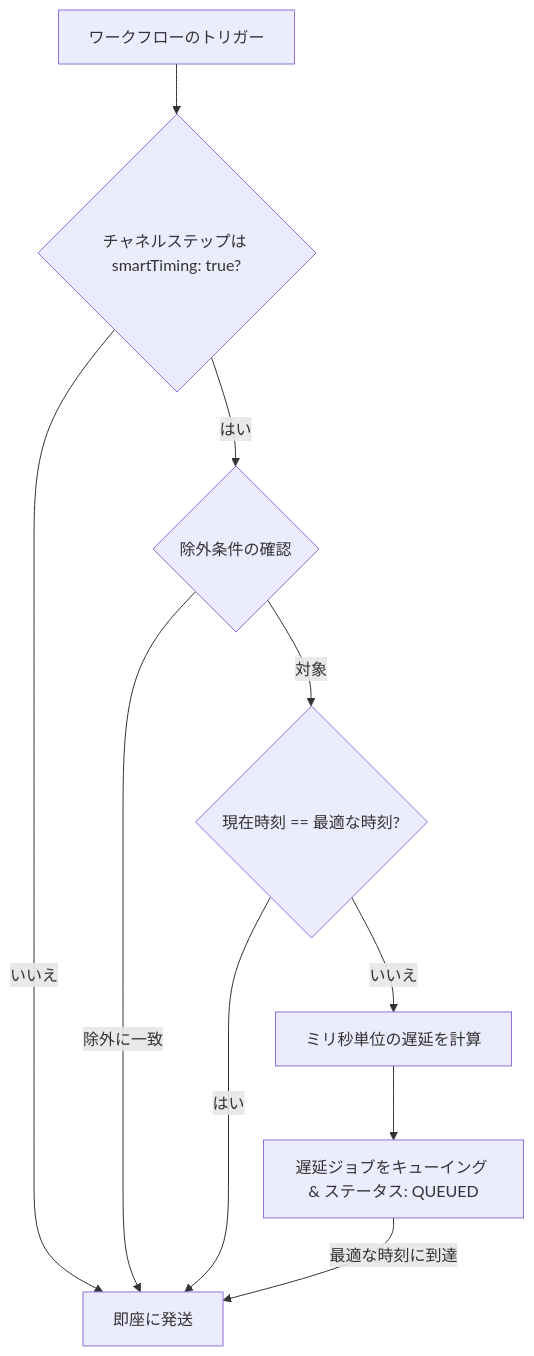
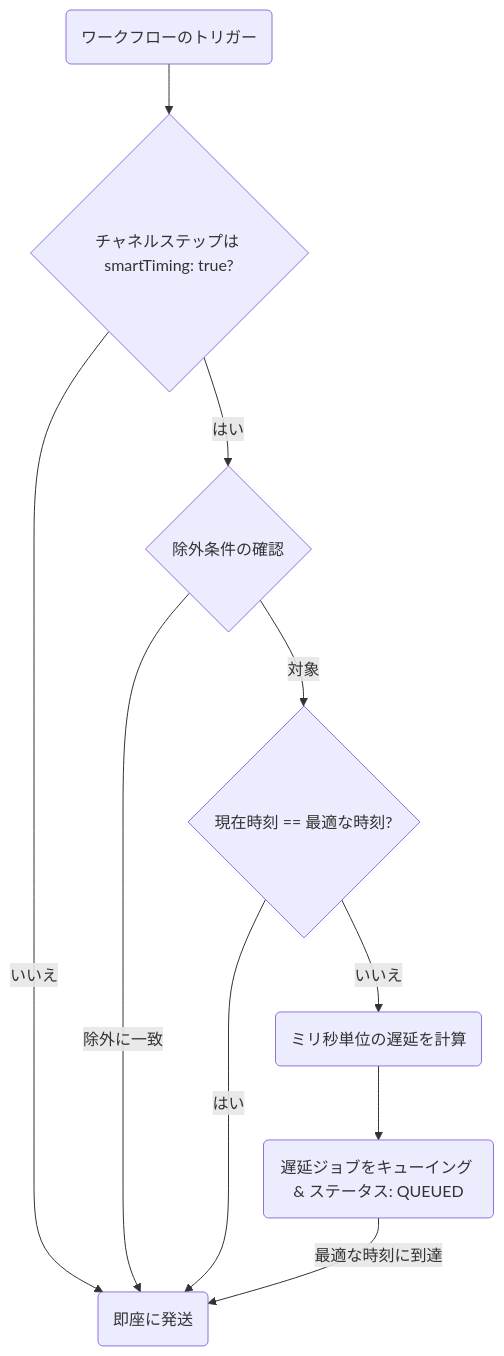
Before and after one commit to KriyanshKhunt/nexus_docs: the diagram in content/docs/ja/platform/features/smart-send-time.mdx, drawn with Mermaid. The commit also changed 20 other files, not shown here.

Commit message:
Handle ja Mermaid charts

````diff
--- a/content/docs/ja/platform/features/smart-send-time.mdx
+++ b/content/docs/ja/platform/features/smart-send-time.mdx
@@ -19,12 +19,12 @@
 ```mermaid
 flowchart TD
-  Trigger[ワークフローのトリガー] --> Channel{チャネルステップは smartTiming: true?}
-  Channel -->|いいえ| Send[即座に発送]
+  Trigger(ワークフローのトリガー) --> Channel{チャネルステップは smartTiming: true?}
+  Channel -->|いいえ| Send(即座に発送)
   Channel -->|はい| CheckExclusions{除外条件の確認}
   CheckExclusions -->|除外に一致| Send
   CheckExclusions -->|対象| Optimal{現在時刻 == 最適な時刻?}
   Optimal -->|はい| Send
-  Optimal -->|いいえ| Delay[ミリ秒単位の遅延を計算]
-  Delay --> Queue[遅延ジョブをキューイング & ステータス: QUEUED]
+  Optimal -->|いいえ| Delay(ミリ秒単位の遅延を計算)
+  Delay --> Queue(遅延ジョブをキューイング & ステータス: QUEUED)
   Queue -->|最適な時刻に到達| Send
 ```
````
